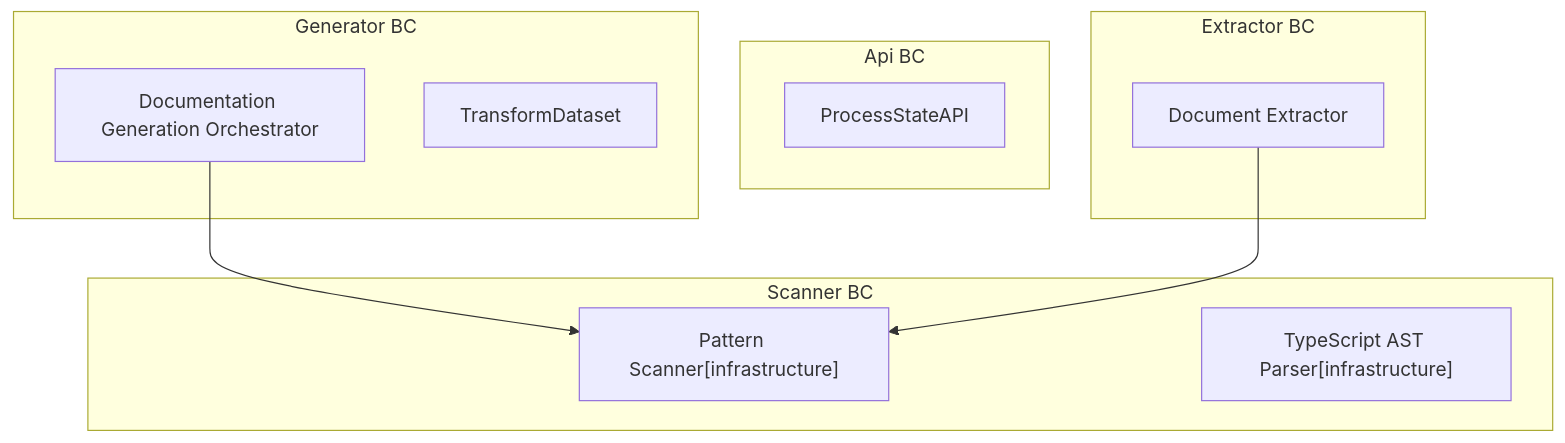
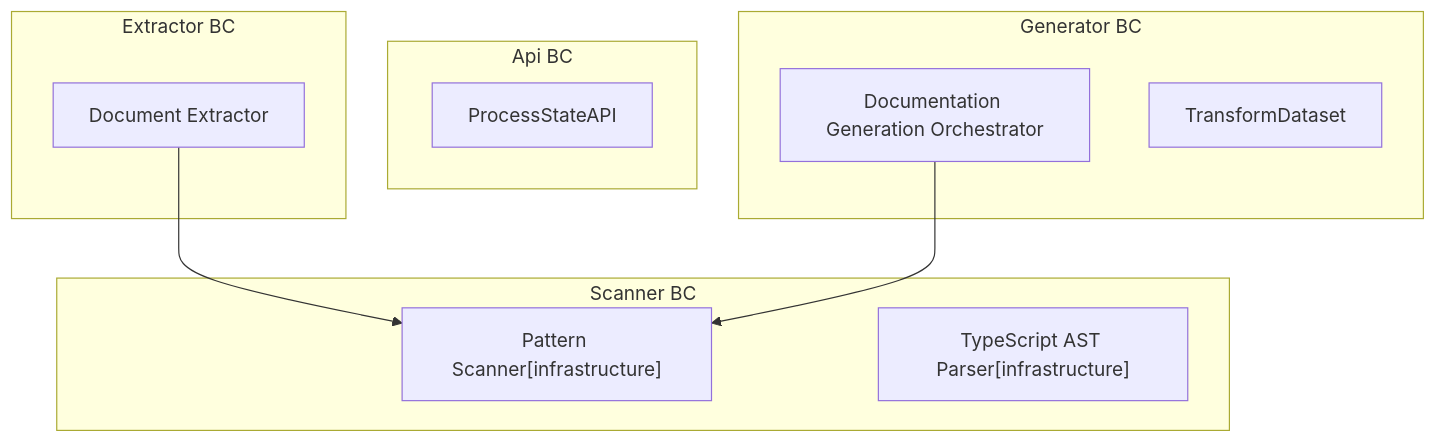
Before and after one commit to libar-dev/architect: the diagram in docs-generated/ARCHITECTURE.md, drawn with Mermaid. The commit also changed other lines of this file and 30 other files, not shown here.

````diff
--- a/docs-generated/ARCHITECTURE.md
+++ b/docs-generated/ARCHITECTURE.md
@@ -24,19 +24,19 @@
 ```mermaid
 graph TB
     subgraph api["Api BC"]
         ProcessStateAPI["ProcessStateAPI"]
     end
     subgraph extractor["Extractor BC"]
         Document_Extractor["Document Extractor"]
     end
     subgraph generator["Generator BC"]
         Documentation_Generation_Orchestrator["Documentation Generation Orchestrator"]
         TransformDataset["TransformDataset"]
     end
     subgraph scanner["Scanner BC"]
         Pattern_Scanner["Pattern Scanner[infrastructure]"]
         TypeScript_AST_Parser["TypeScript AST Parser[infrastructure]"]
     end
+    Document_Extractor --> Pattern_Scanner
     Documentation_Generation_Orchestrator --> Pattern_Scanner
-    Document_Extractor --> Pattern_Scanner
 ```
````
